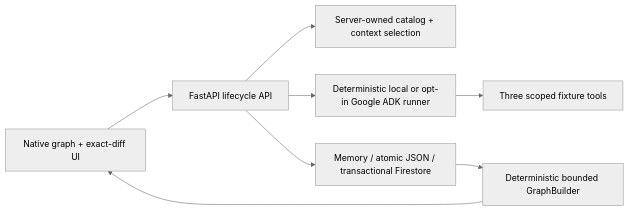
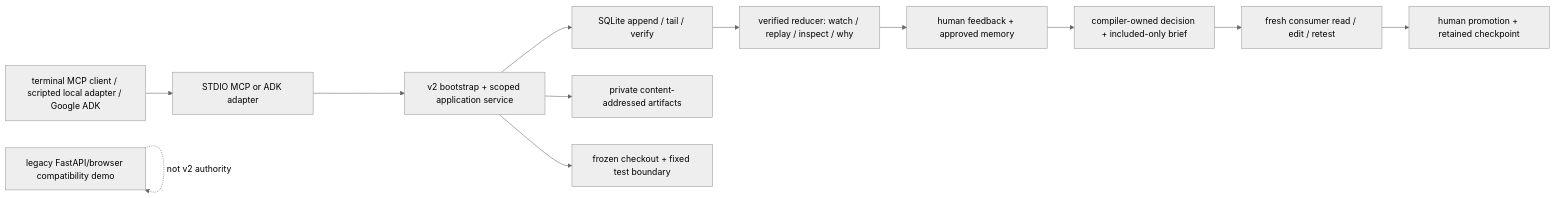
Before and after one commit to Alex-lop/Graphene: the diagram in README.md, drawn with Mermaid (neutral theme). The commit also changed other lines of this file and 63 other files, not shown here.

Commit message:
Land the v2 lineage CLI, CI, and docs, and strip local checkout paths from public files.

````diff
--- a/README.md
+++ b/README.md
@@ -48,10 +122,14 @@
 ```mermaid
 flowchart LR
-    UI["Native graph + exact-diff UI"] --> API["FastAPI lifecycle API"]
-    API --> CAT["Server-owned catalog + context selection"]
-    API --> RUN["Deterministic local or opt-in Google ADK runner"]
-    RUN --> BOX["Three scoped fixture tools"]
-    API --> STORE["Memory / atomic JSON / transactional Firestore"]
-    STORE --> GRAPH["Deterministic bounded GraphBuilder"]
-    GRAPH --> UI
+    C["terminal MCP client / scripted local adapter / Google ADK"] --> A["STDIO MCP or ADK adapter"]
+    A --> B["v2 bootstrap + scoped application service"]
+    B --> L["SQLite append / tail / verify"]
+    B --> E["private content-addressed artifacts"]
+    B --> X["frozen checkout + fixed test boundary"]
+    L --> P["verified reducer: watch / replay / inspect / why"]
+    P --> H["human feedback + approved memory"]
+    H --> F["compiler-owned decision + included-only brief"]
+    F --> N["fresh consumer read / edit / retest"]
+    N --> R["human promotion + retained checkpoint"]
+    Z["legacy FastAPI/browser compatibility demo"] -. "not v2 authority" .-> Z
 ```
````
